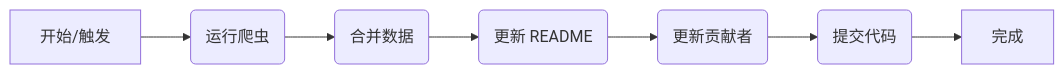
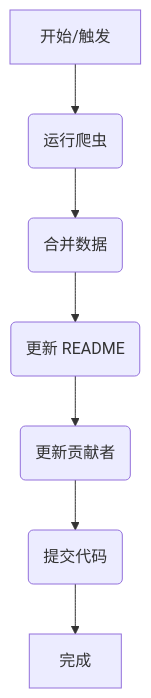
The diagram in README.md (Icarus603/toolverse), drawn with Mermaid before and after one commit. The commit also changed other lines of this file and 1 other file, not shown here.

````diff
--- a/README.md
+++ b/README.md
@@ -157,9 +157,9 @@
 ```mermaid
-graph LR
+graph TD
     A[开始/触发] --> B(运行爬虫);
     B --> C(合并数据);
     C --> D(更新 README);
     D --> E(更新贡献者);
     E --> F(提交代码);
     F --> G[完成];
 ```
````
